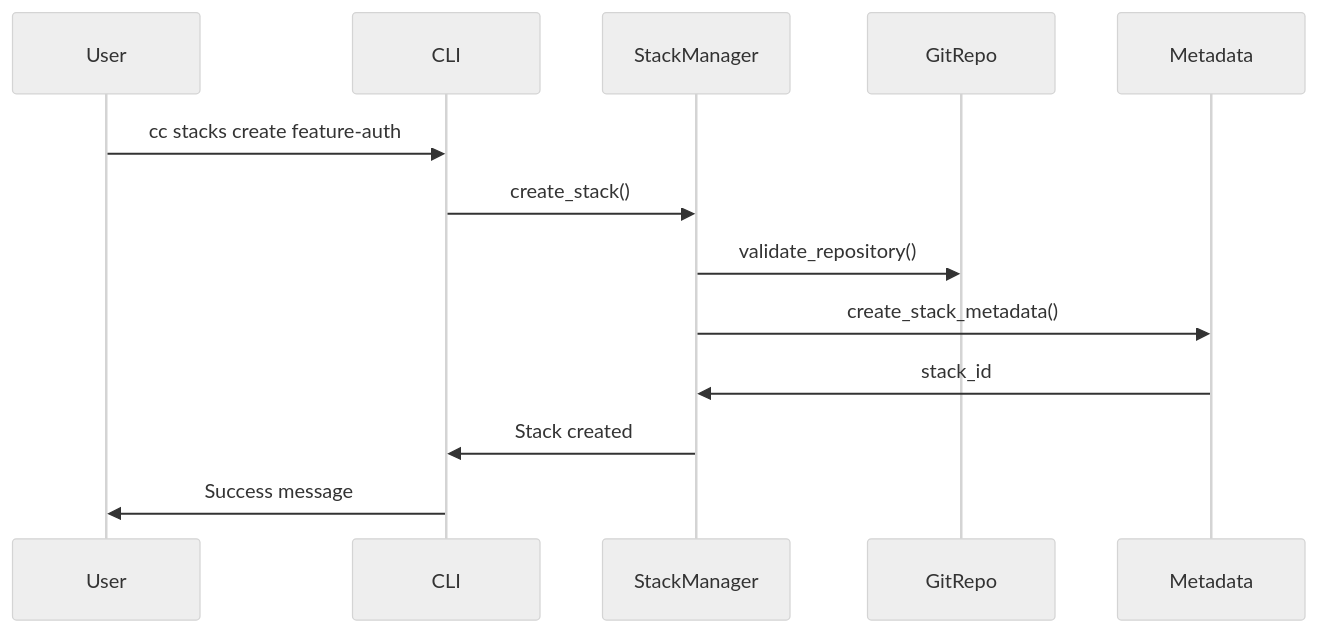
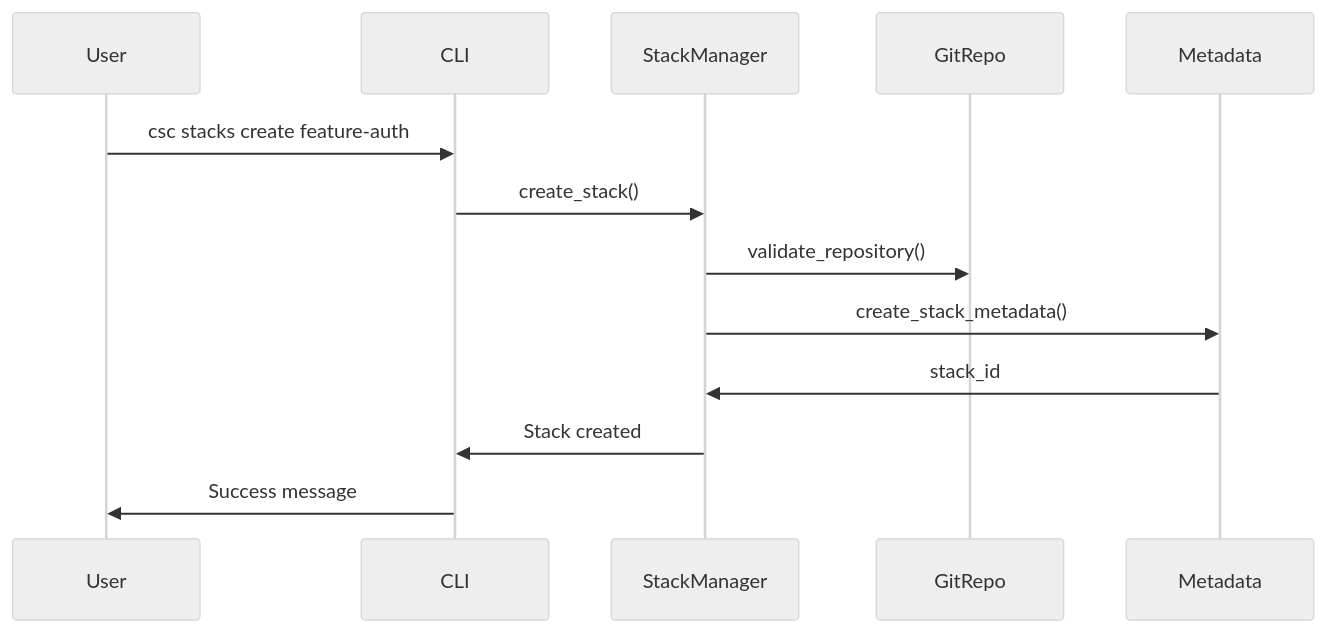
The second of 4 diagrams in docs/ARCHITECTURE.md (JAManfredi/cascade-cli), drawn with Mermaid (neutral theme) before and after one commit. The commit also changed 23 other files, not shown here.

````diff
--- a/docs/ARCHITECTURE.md
+++ b/docs/ARCHITECTURE.md
@@ -148,16 +148,16 @@
 ```mermaid
 sequenceDiagram
     participant User
     participant CLI
     participant StackManager
     participant GitRepo
     participant Metadata
 
-    User->>CLI: cc stacks create feature-auth
+    User->>CLI: csc stacks create feature-auth
     CLI->>StackManager: create_stack()
     StackManager->>GitRepo: validate_repository()
     StackManager->>Metadata: create_stack_metadata()
     Metadata->>StackManager: stack_id
     StackManager->>CLI: Stack created
     CLI->>User: Success message
 ```
````
